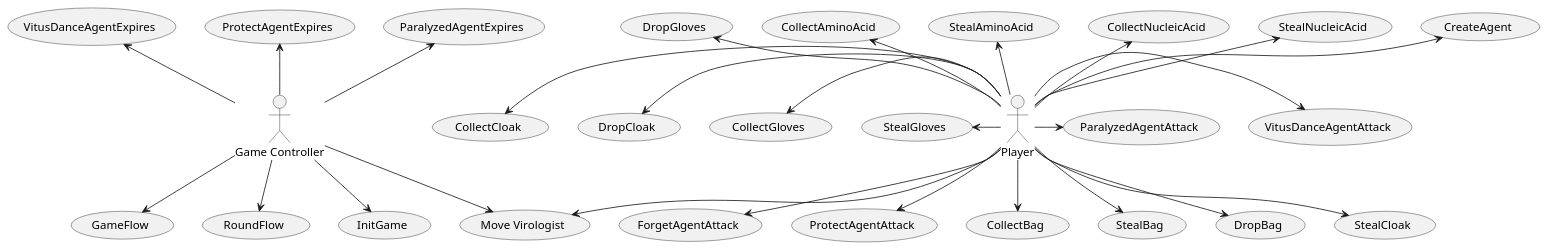
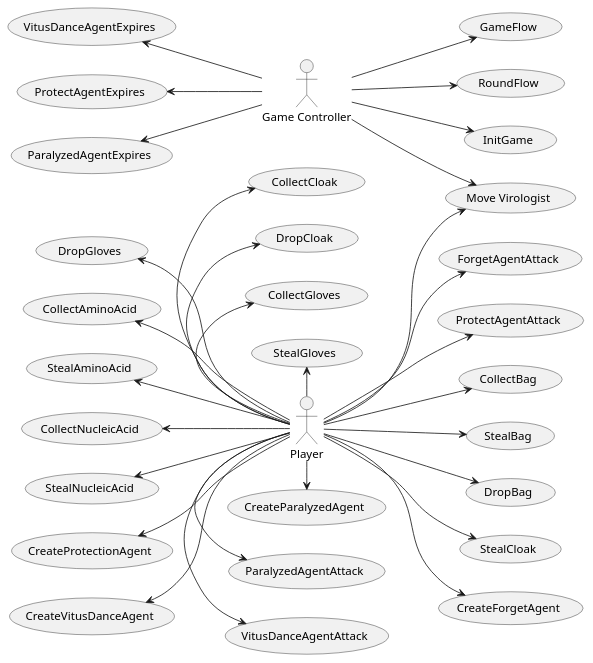
One commit to Projlab-csb/projlab-virologus changed the diagram in skeleton/use-case-diagram/UseCase.puml. Above: the diagram before and after it, drawn with PlantUML.

Commit message:
cíp usecaseuml

```diff
--- a/skeleton/use-case-diagram/UseCase.puml
+++ b/skeleton/use-case-diagram/UseCase.puml
@@ -1,39 +1,41 @@
 @startuml
 'https://plantuml.com/use-case-diagram
-
+left to right direction
 :Game Controller: as GameController
 
 Player as Player
-
 (Move Virologist) <-u- Player
 (Move Virologist) <-u- GameController
 
 (GameFlow) <-u- GameController
 (RoundFlow) <-u- GameController
 (InitGame)  <-u- GameController
 (ForgetAgentAttack) <-u- Player
 (VitusDanceAgentAttack) <-l- Player
 (VitusDanceAgentExpires) <-- GameController
 (ProtectAgentAttack) <-u- Player
 (ProtectAgentExpires) <-- GameController
 (ParalyzedAgentAttack) <-l- Player
 (ParalyzedAgentExpires) <-- GameController
 (CollectBag) <-u- Player
 (StealBag) <-u- Player
 (DropBag) <-u- Player
 (CollectCloak) <-r- Player
 (StealCloak) <-u- Player
 (DropCloak) <-r- Player
 (CollectGloves) <-r- Player
 (StealGloves) <-r- Player
 (DropGloves) <-- Player
 (CollectAminoAcid) <-- Player
 (StealAminoAcid) <-- Player
 (CollectNucleicAcid) <-- Player
 (StealNucleicAcid) <-- Player
-(CreateAgent) <-- Player
+(CreateParalyzedAgent) <-l- Player
+(CreateForgetAgent) <-u- Player
+(CreateProtectionAgent) <-- Player
+(CreateVitusDanceAgent) <-- Player
 
 
 
 
 @enduml
```
